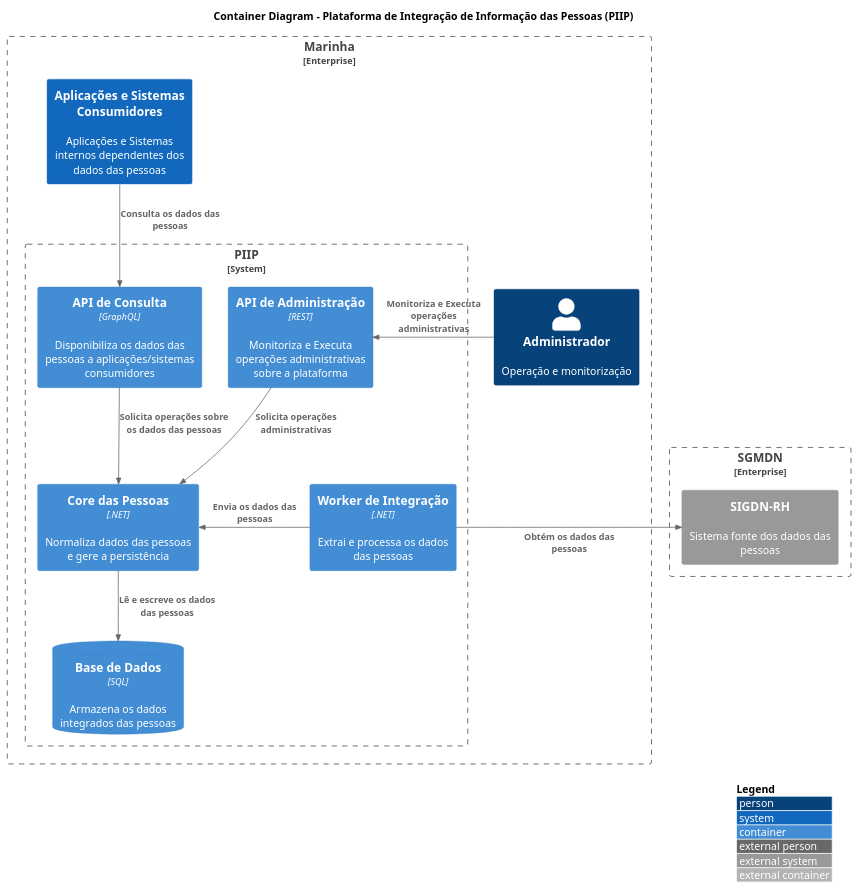
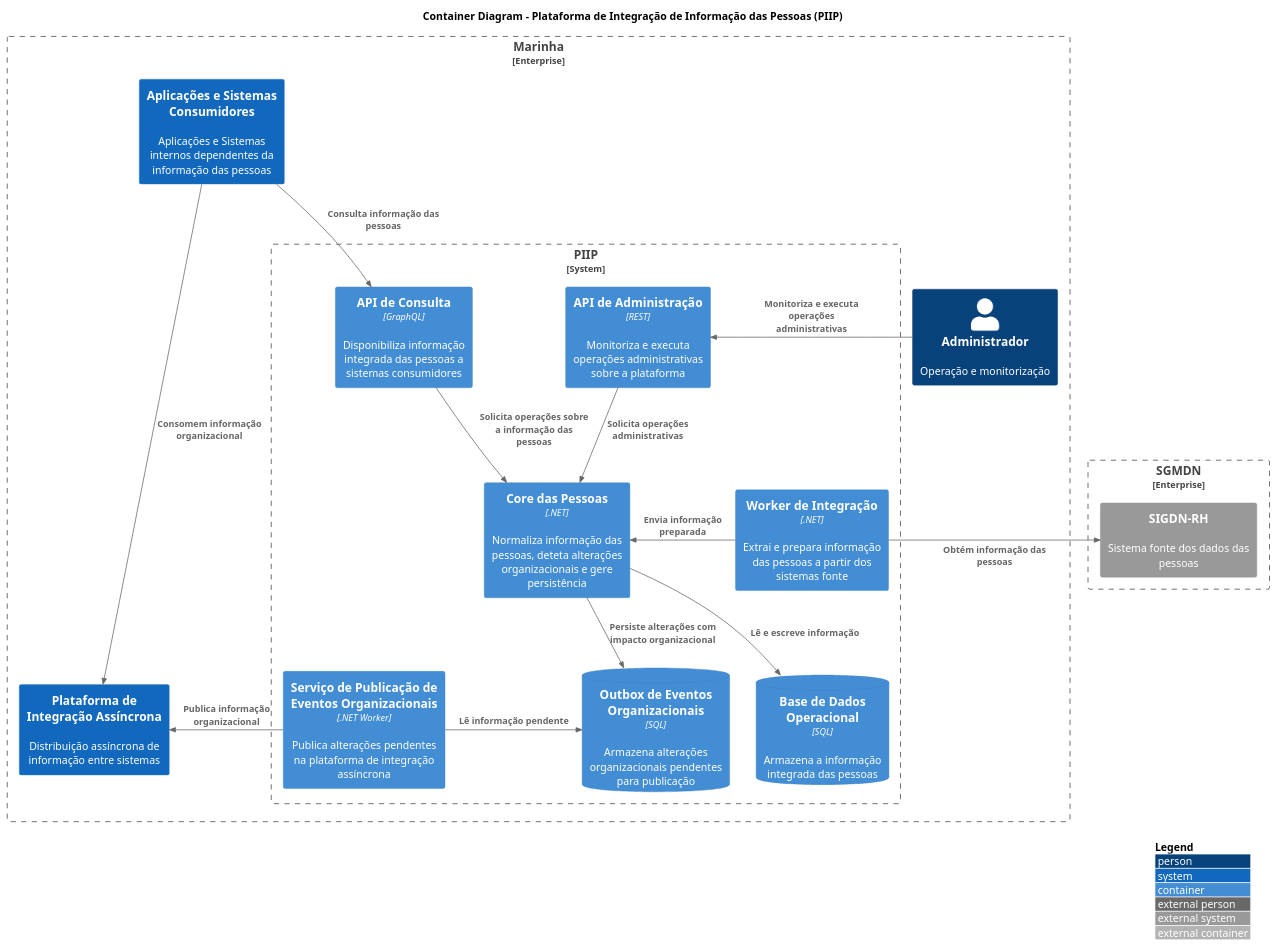
One commit to Raimundo82/pessoas-integracao changed the diagram in docs/c4/container.md. Above: the diagram before and after it, drawn with PlantUML. The commit also changed 1 other file, not shown here.

Commit message:
docs: update c4 diagrams with broker (#431)
## Checklist

- [X] Branch name follows **Conventional Branch**
- [X] PR titles and Commit messages follow **Conventional Commits**

````diff
--- a/docs/c4/container.md
+++ b/docs/c4/container.md
@@ -3,32 +3,62 @@
 ```plantuml
 @startuml
 !include https://raw.githubusercontent.com/plantuml-stdlib/C4-PlantUML/master/C4_Container.puml
 
 LAYOUT_WITH_LEGEND()
 
 title Container Diagram - Plataforma de Integração de Informação das Pessoas (PIIP)
+
 Enterprise_Boundary(marinha, "Marinha") {
+
     Person(admin, "Administrador", "Operação e monitorização")
-    System(consumidores, "Aplicações e Sistemas Consumidores", "Aplicações e Sistemas internos dependentes dos dados das pessoas")
+
+    System(consumidores, "Aplicações e Sistemas Consumidores", "Aplicações e Sistemas internos dependentes da informação das pessoas")
+
+    System(broker, "Plataforma de Integração Assíncrona", "Distribuição assíncrona de informação entre sistemas")
+
     System_Boundary(pessoas_integracao, "PIIP") {
-        Container(api_admin, "API de Administração", "REST", "Monitoriza e Executa operações administrativas sobre a plataforma")
-        Container(api_consulta, "API de Consulta", "GraphQL", "Disponibiliza os dados das pessoas a aplicações/sistemas consumidores")
-        Container(core, "Core das Pessoas", ".NET", "Normaliza dados das pessoas e gere a persistência")
-        Container(worker, "Worker de Integração", ".NET", "Extrai e processa os dados das pessoas")
-        ContainerDb(db, "Base de Dados", "SQL", "Armazena os dados integrados das pessoas")
+
+        Container(api_admin, "API de Administração", "REST", "Monitoriza e executa operações administrativas sobre a plataforma")
+
+        Container(api_consulta, "API de Consulta", "GraphQL", "Disponibiliza informação integrada das pessoas a sistemas consumidores")
+
+        Container(core, "Core das Pessoas", ".NET", "Normaliza informação das pessoas, deteta alterações organizacionais e gere persistência")
+
+        Container(worker, "Worker de Integração", ".NET", "Extrai e prepara informação das pessoas a partir dos sistemas fonte")
+
+        Container(publisher, "Serviço de Publicação de Eventos Organizacionais", ".NET Worker", "Publica alterações pendentes na plataforma de integração assíncrona")
+
+        ContainerDb(db, "Base de Dados Operacional", "SQL", "Armazena a informação integrada das pessoas")
+
+        ContainerDb(outbox, "Outbox de Eventos Organizacionais", "SQL", "Armazena alterações organizacionais pendentes para publicação")
     }
 }
 
 Enterprise_Boundary(sgmdn, "SGMDN") {
     System_Ext(sigdn_rh, "SIGDN-RH", "Sistema fonte dos dados das pessoas")
 }
 
-Rel_D(consumidores, api_consulta, "Consulta os dados das pessoas")
-Rel_R(admin, api_admin, "Monitoriza e Executa operações administrativas")
-Rel_D(api_consulta, core, "Solicita operações sobre os dados das pessoas")
+Rel_D(consumidores, api_consulta, "Consulta informação das pessoas")
+
+Rel_R(admin, api_admin, "Monitoriza e executa operações administrativas")
+
+Rel_D(api_consulta, core, "Solicita operações sobre a informação das pessoas")
+
 Rel_D(api_admin, core, "Solicita operações administrativas")
-Rel_R(worker, sigdn_rh, "Obtém os dados das pessoas")
-Rel_L(worker, core, "Envia os dados das pessoas")
-Rel_D(core, db, "Lê e escreve os dados das pessoas")
+
+Rel_R(worker, sigdn_rh, "Obtém informação das pessoas")
+
+Rel_L(worker, core, "Envia informação preparada")
+
+Rel_D(core, db, "Lê e escreve informação")
+
+Rel_D(core, outbox, "Persiste alterações com impacto organizacional")
+
+Rel_R(publisher, outbox, "Lê informação pendente")
+
+Rel_R(publisher, broker, "Publica informação organizacional")
+
+Rel(consumidores, broker, "Consomem informação organizacional")
+
 @enduml
 ```
````
